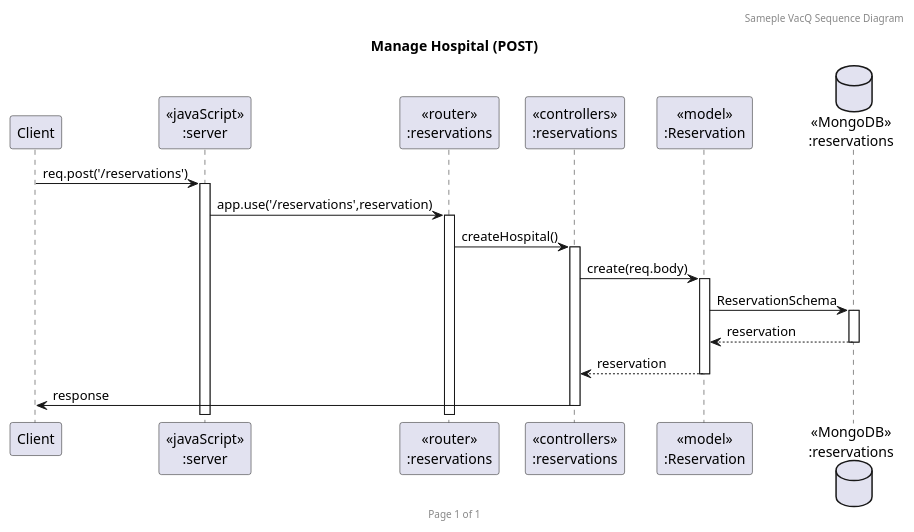
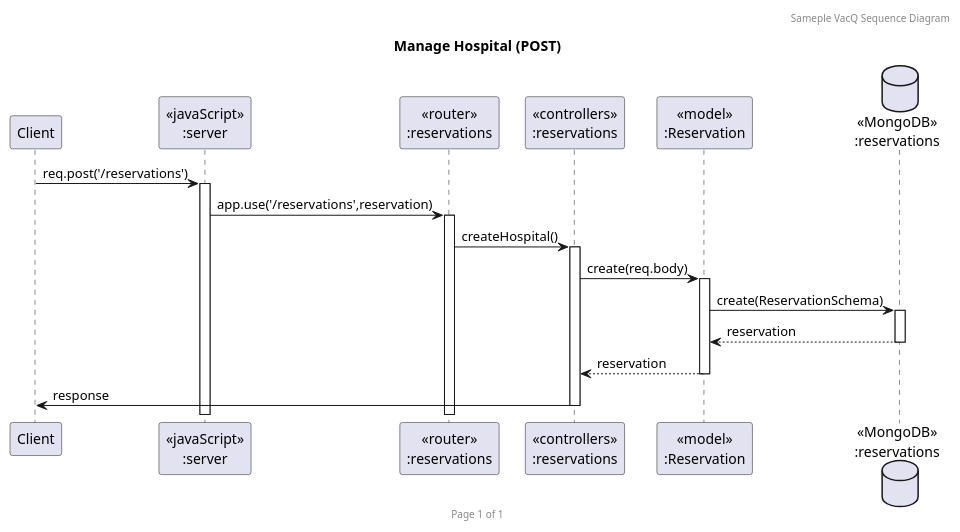
One commit to GavinITP/co-working-space-reservation changed the diagram in uml/coWorking_reservation_post.puml. Above: the diagram before and after it, drawn with PlantUML. The commit also changed 4 other files, not shown here.

```diff
--- a/uml/coWorking_reservation_post.puml
+++ b/uml/coWorking_reservation_post.puml
@@ -1,23 +1,23 @@
 @startuml Manage Hospital (POST)
 
 header Sameple VacQ Sequence Diagram
 footer Page %page% of %lastpage%
 title "Manage Hospital (POST)"
 
 participant "Client" as client
 participant "<<javaScript>>\n:server" as server
 participant "<<router>>\n:reservations" as routerReservation
 participant "<<controllers>>\n:reservations" as controllersReservation
 participant "<<model>>\n:Reservation" as modelReservation
 database "<<MongoDB>>\n:reservations" as ReservationDatabase
 
 client->server ++:req.post('/reservations')
 server->routerReservation ++:app.use('/reservations',reservation)
 routerReservation -> controllersReservation ++:createHospital()
 controllersReservation->modelReservation ++:create(req.body)
-modelReservation ->ReservationDatabase ++: ReservationSchema
+modelReservation ->ReservationDatabase ++: create(ReservationSchema)
 ReservationDatabase --> modelReservation --: reservation
 controllersReservation <-- modelReservation --: reservation
 controllersReservation->client --:response
 
 @enduml
```
